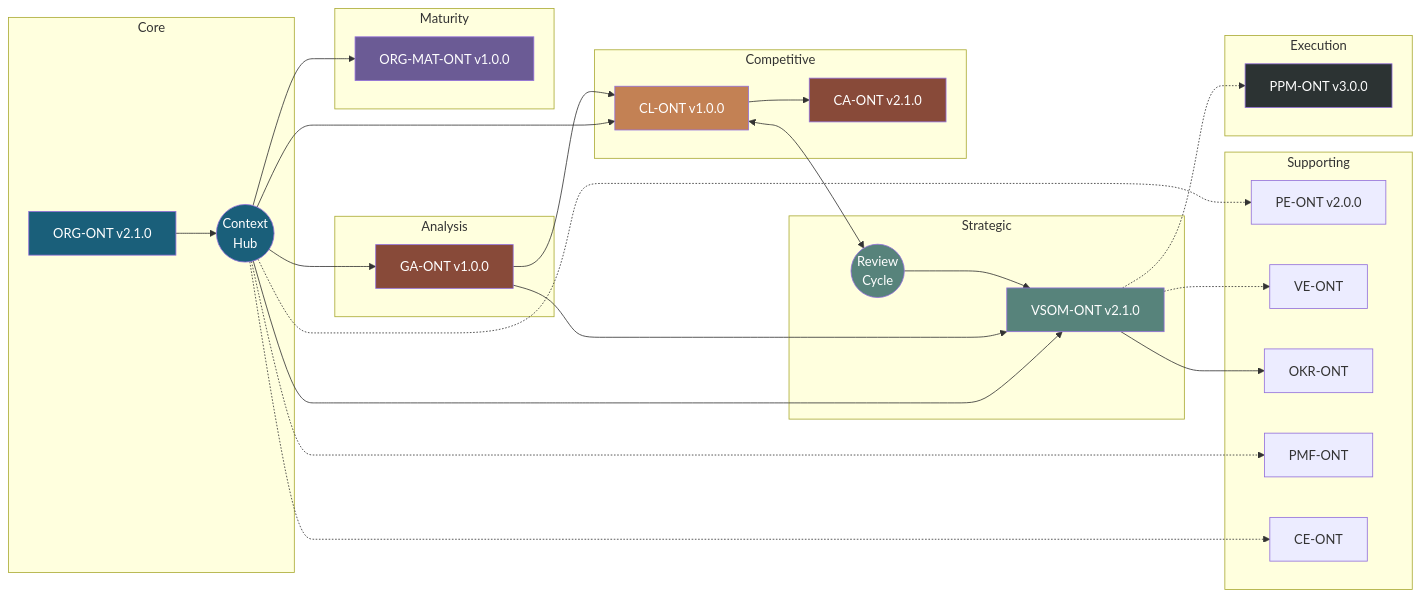
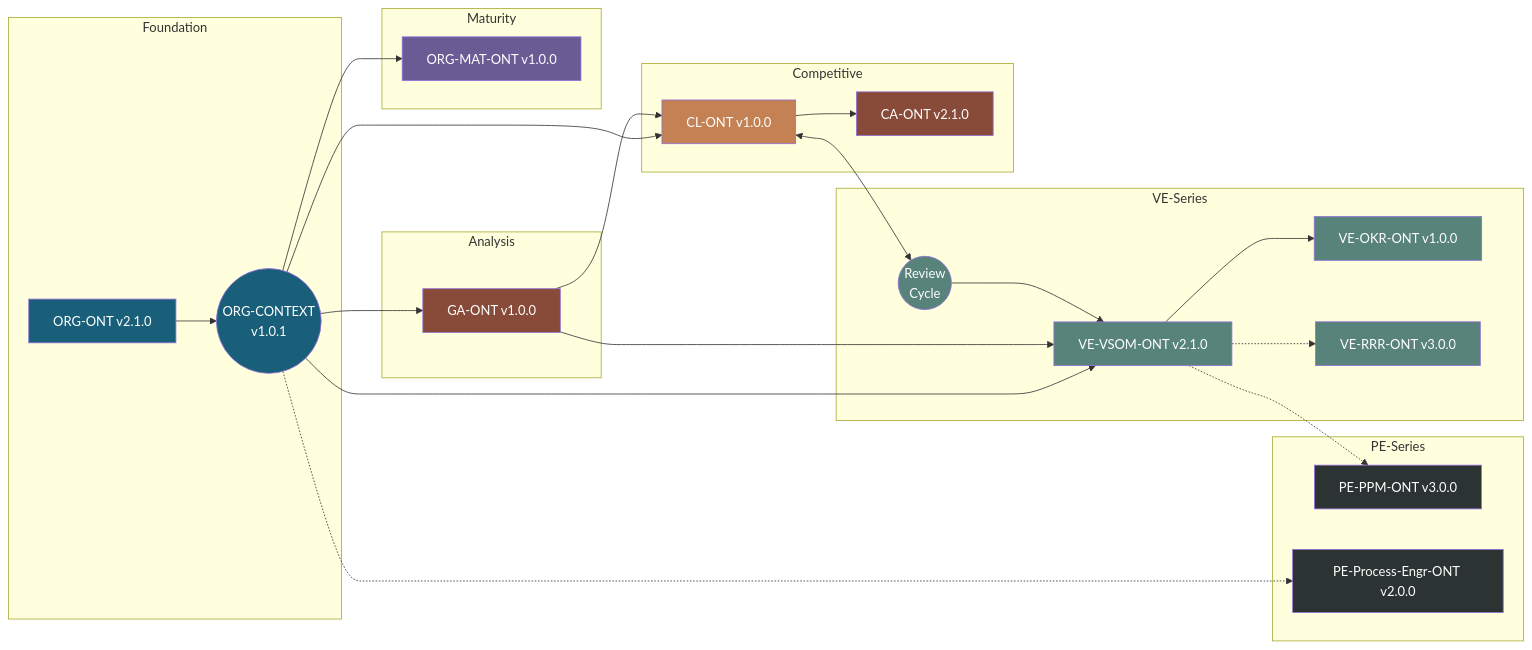
Before and after one commit to ajrmooreuk/Azlan-EA-AAA: the third of 7 diagrams in PBS/ONTOLOGIES/ONTOLOGY-ARCHITECTURE.md, drawn with Mermaid. The commit also changed other lines of this file and 16 other files, not shown here.

First line of the commit message:
Update ONTOLOGY-ARCHITECTURE v2.0.0 and migrate ORG-ONT files

````diff
--- a/PBS/ONTOLOGIES/ONTOLOGY-ARCHITECTURE.md
+++ b/PBS/ONTOLOGIES/ONTOLOGY-ARCHITECTURE.md
@@ -159,65 +302,61 @@
 ```mermaid
 graph LR
-    subgraph "Core"
+    subgraph "Foundation"
         ORG[ORG-ONT v2.1.0]
-        CTX((Context<br/>Hub))
+        CTX((ORG-CONTEXT<br/>v1.0.1))
     end
 
-    subgraph "Strategic"
-        VSOM[VSOM-ONT v2.1.0]
+    subgraph "VE-Series"
+        VSOM[VE-VSOM-ONT v2.1.0]
+        OKR[VE-OKR-ONT v1.0.0]
+        RRR[VE-RRR-ONT v3.0.0]
         REVIEW((Review<br/>Cycle))
     end
 
     subgraph "Competitive"
         CL[CL-ONT v1.0.0]
         CA[CA-ONT v2.1.0]
     end
 
     subgraph "Analysis"
         GA[GA-ONT v1.0.0]
     end
 
     subgraph "Maturity"
         MAT[ORG-MAT-ONT v1.0.0]
     end
 
-    subgraph "Execution"
-        PPM[PPM-ONT v3.0.0]
-    end
-
-    subgraph "Supporting"
-        PE[PE-ONT v2.0.0]
-        VE[VE-ONT]
-        OKR[OKR-ONT]
-        PMF[PMF-ONT]
-        CE[CE-ONT]
+    subgraph "PE-Series"
+        PPM[PE-PPM-ONT v3.0.0]
+        PE[PE-Process-Engr-ONT v2.0.0]
     end
 
     ORG --> CTX
     CTX --> VSOM
     CTX --> CL
     CTX --> MAT
     CTX --> GA
     CTX -.-> PE
-    CTX -.-> PMF
-    CTX -.-> CE
 
     CL --> CA
     GA --> CL
     GA --> VSOM
     CL <--> REVIEW
     REVIEW --> VSOM
     VSOM --> OKR
     VSOM -.-> PPM
-    VSOM -.-> VE
+    VSOM -.-> RRR
 
     style ORG fill:#1a5f7a,color:#fff
     style CTX fill:#1a5f7a,color:#fff
     style VSOM fill:#57837b,color:#fff
+    style OKR fill:#57837b,color:#fff
+    style RRR fill:#57837b,color:#fff
     style REVIEW fill:#57837b,color:#fff
     style CL fill:#c38154,color:#fff
     style CA fill:#884a39,color:#fff
     style GA fill:#884a39,color:#fff
     style MAT fill:#6b5b95,color:#fff
     style PPM fill:#2c3333,color:#fff
+    style PE fill:#2c3333,color:#fff
 ```
````
